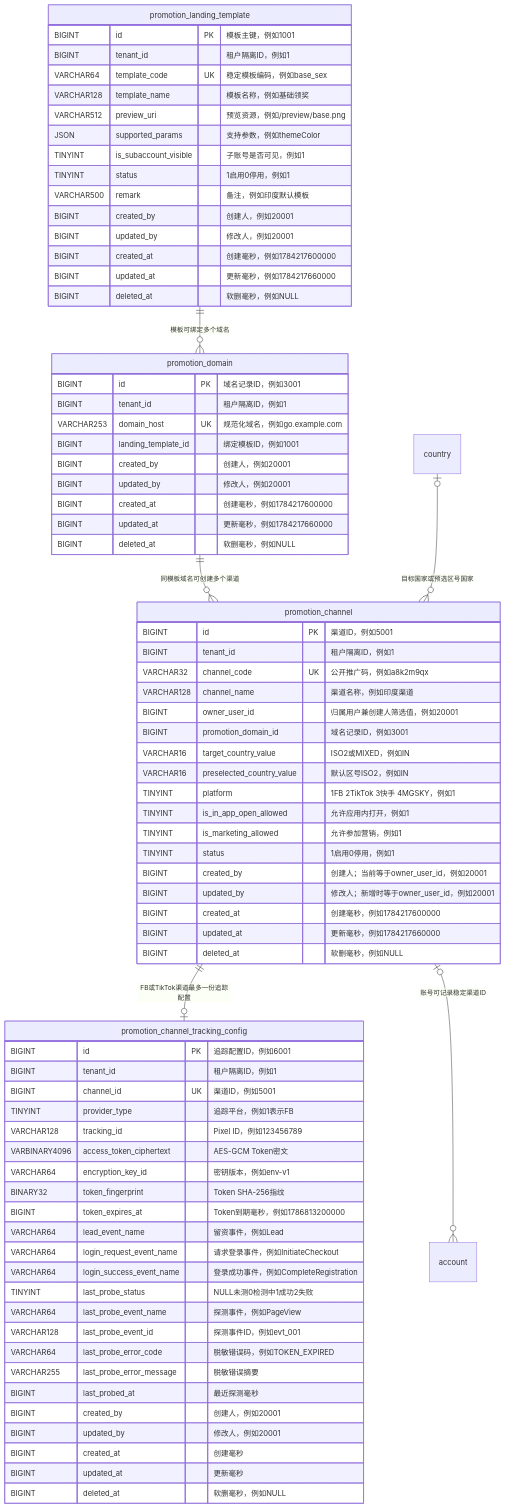
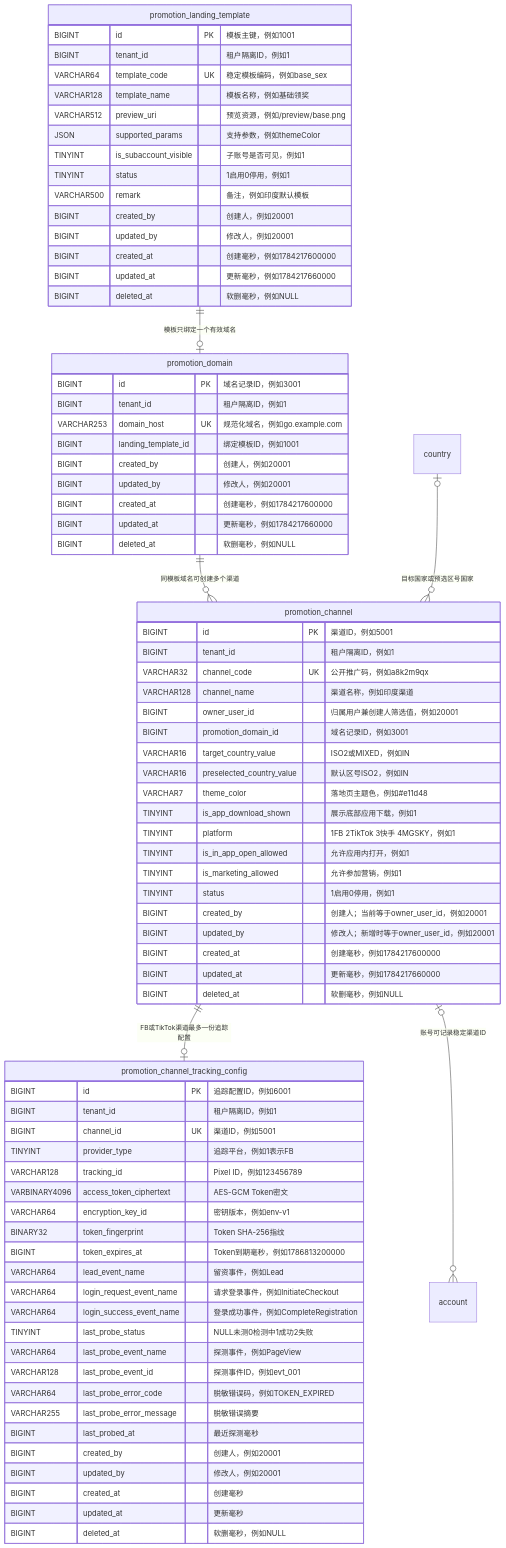
One commit to itdxzss/armada changed the diagram in docs/business/promotion-template-channel-statistics-data-model.md. Above: the diagram before and after it, drawn with Mermaid. The commit also changed other lines of this file and 27 other files, not shown here.

````diff
--- a/docs/business/promotion-template-channel-statistics-data-model.md
+++ b/docs/business/promotion-template-channel-statistics-data-model.md
@@ -9,6 +9,6 @@
 ```mermaid
 erDiagram
-    promotion_landing_template ||--o{ promotion_domain : "模板可绑定多个域名"
+    promotion_landing_template ||--o| promotion_domain : "模板只绑定一个有效域名"
     promotion_domain ||--o{ promotion_channel : "同模板域名可创建多个渠道"
     promotion_channel ||--o| promotion_channel_tracking_config : "FB或TikTok渠道最多一份追踪配置"
     promotion_channel o|--o{ account : "账号可记录稳定渠道ID"
@@ -52,6 +52,8 @@
         BIGINT promotion_domain_id "域名记录ID，例如3001"
         VARCHAR16 target_country_value "ISO2或MIXED，例如IN"
         VARCHAR16 preselected_country_value "默认区号ISO2，例如IN"
+        VARCHAR7 theme_color "落地页主题色，例如#e11d48"
+        TINYINT is_app_download_shown "展示底部应用下载，例如1"
         TINYINT platform "1FB 2TikTok 3快手 4MGSKY，例如1"
         TINYINT is_in_app_open_allowed "允许应用内打开，例如1"
         TINYINT is_marketing_allowed "允许参加营销，例如1"
````
